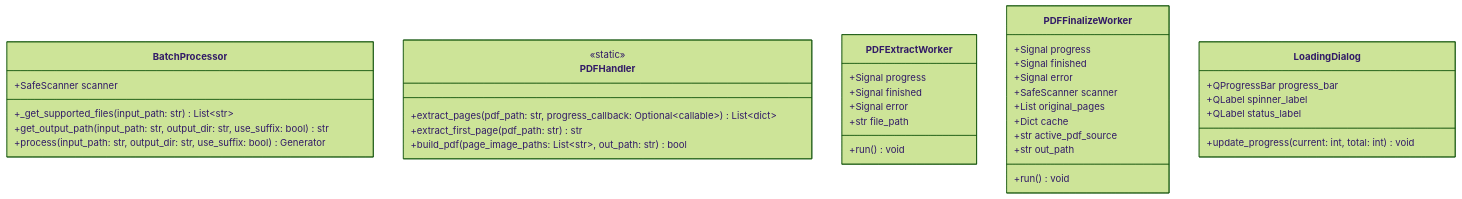
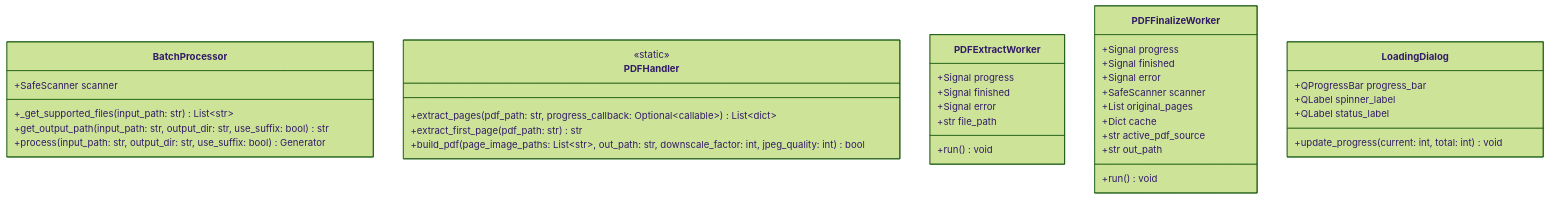
The second of 3 diagrams in docs/architecture/uml_classes.md (FurqanHun/SafeMARC), drawn with Mermaid (forest theme) before and after one commit. The commit also changed 3 other files, not shown here.

First line of the commit message:
docs: update features, workflows, UML, and use-cases for last 10 commits

````diff
--- a/docs/architecture/uml_classes.md
+++ b/docs/architecture/uml_classes.md
@@ -104,45 +104,45 @@
 ```mermaid
 classDiagram
     direction TB
 
     class BatchProcessor {
         +SafeScanner scanner
         +_get_supported_files(input_path: str) List~str~
         +get_output_path(input_path: str, output_dir: str, use_suffix: bool) str
         +process(input_path: str, output_dir: str, use_suffix: bool) Generator
     }
 
     class PDFHandler {
         <<static>>
         +extract_pages(pdf_path: str, progress_callback: Optional~callable~) List~dict~
         +extract_first_page(pdf_path: str) str
-        +build_pdf(page_image_paths: List~str~, out_path: str) bool
+        +build_pdf(page_image_paths: List~str~, out_path: str, downscale_factor: int, jpeg_quality: int) bool
     }
 
     class PDFExtractWorker {
         +Signal progress
         +Signal finished
         +Signal error
         +str file_path
         +run() void
     }
 
     class PDFFinalizeWorker {
         +Signal progress
         +Signal finished
         +Signal error
         +SafeScanner scanner
         +List original_pages
         +Dict cache
         +str active_pdf_source
         +str out_path
         +run() void
     }
 
     class LoadingDialog {
         +QProgressBar progress_bar
         +QLabel spinner_label
         +QLabel status_label
         +update_progress(current: int, total: int) void
     }
 ```
````
